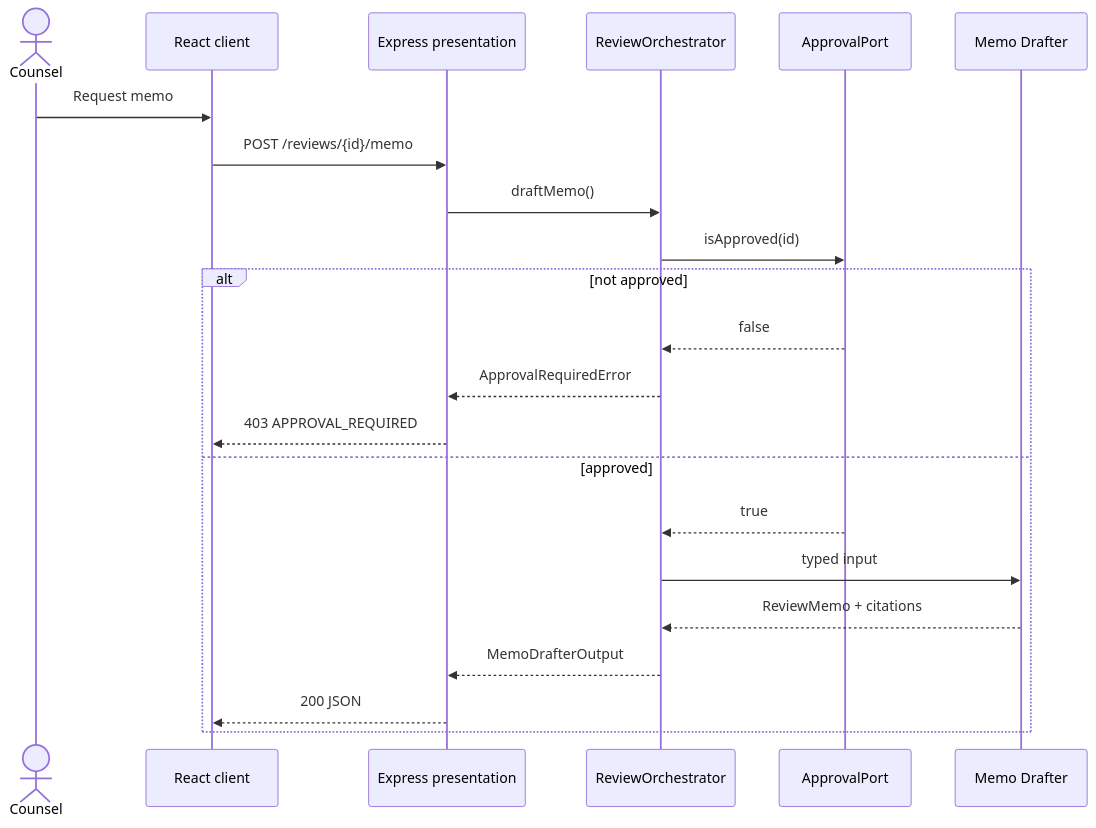
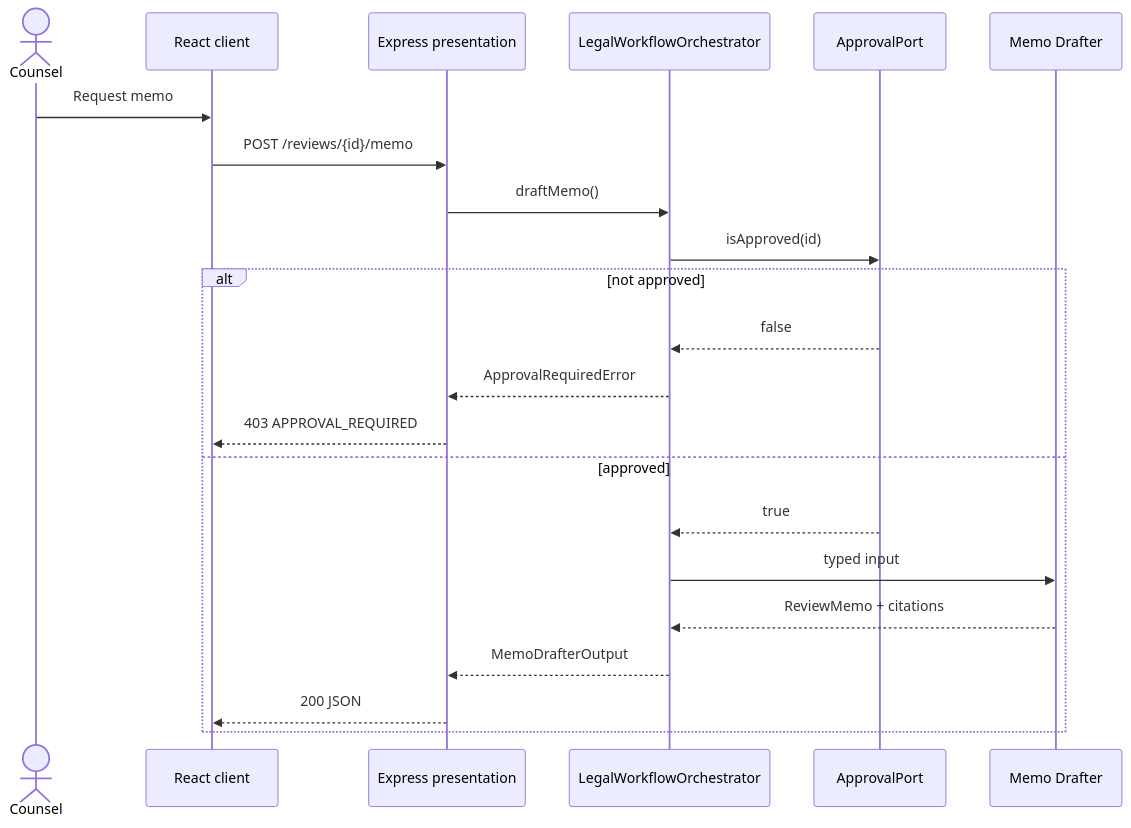
Before and after one commit to Muhamedeyada/agentic-legal-copilot: the fourth of 4 diagrams in docs/ARCHITECTURE.md, drawn with Mermaid. The commit also changed other lines of this file and 9 other files, not shown here.

Commit message:
feat: add risk explanation, classification, and workflow orchestration modules for legal copilot server

````diff
--- a/docs/ARCHITECTURE.md
+++ b/docs/ARCHITECTURE.md
@@ -110,25 +110,25 @@
 ```mermaid
 sequenceDiagram
   actor Counsel
   participant UI as React client
   participant API as Express presentation
-  participant Orch as ReviewOrchestrator
+  participant Orch as LegalWorkflowOrchestrator
   participant Gate as ApprovalPort
   participant Memo as Memo Drafter
 
   Counsel->>UI: Request memo
   UI->>API: POST /reviews/{id}/memo
   API->>Orch: draftMemo()
   Orch->>Gate: isApproved(id)
   alt not approved
     Gate-->>Orch: false
     Orch-->>API: ApprovalRequiredError
     API-->>UI: 403 APPROVAL_REQUIRED
   else approved
     Gate-->>Orch: true
     Orch->>Memo: typed input
     Memo-->>Orch: ReviewMemo + citations
     Orch-->>API: MemoDrafterOutput
     API-->>UI: 200 JSON
   end
 ```
````
